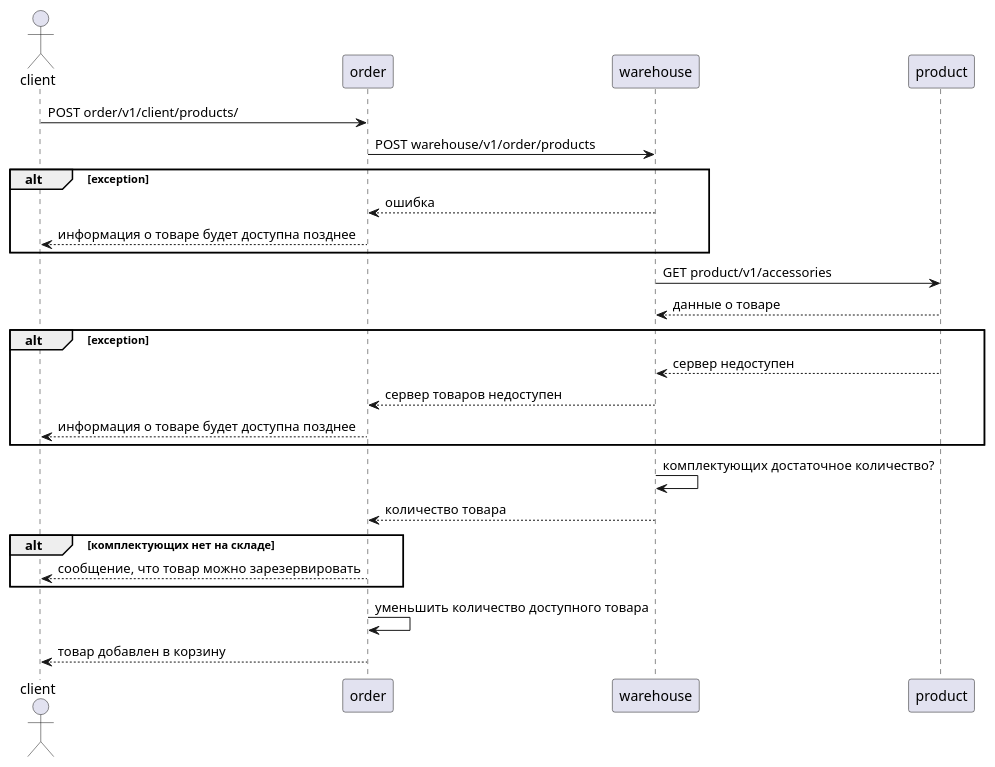
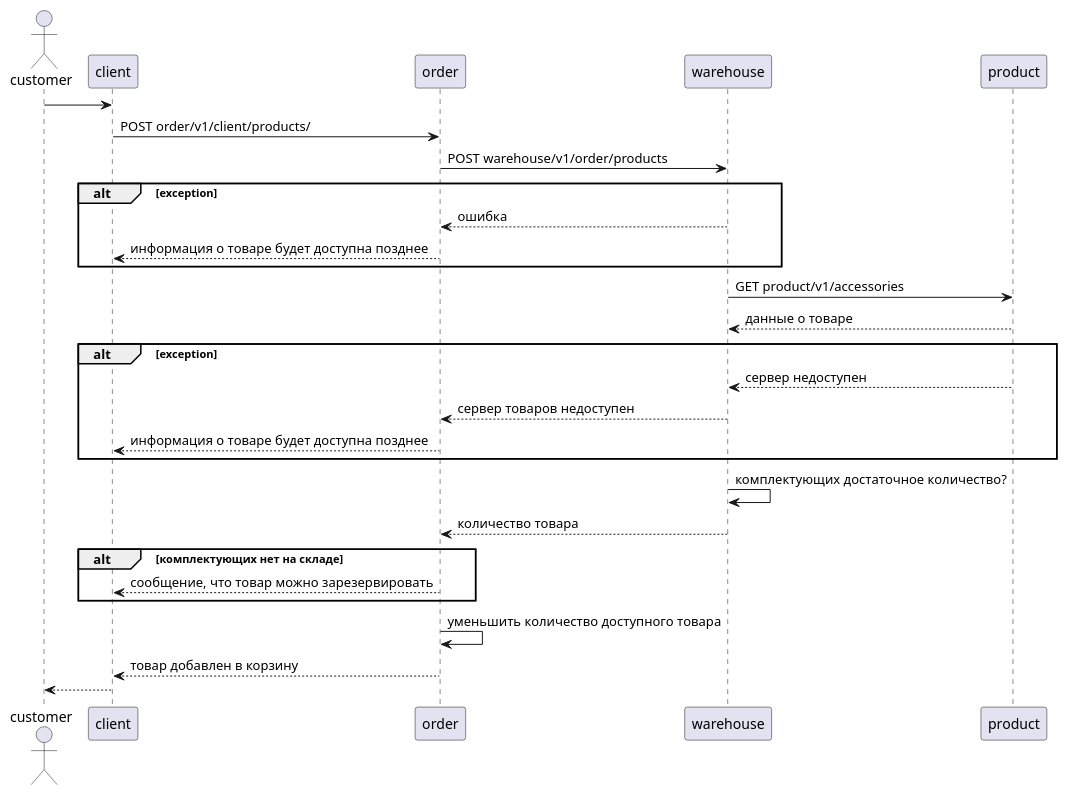
Before and after one commit to chukichaeva/1corns-homework: the diagram in Решение/Диаграмма последовательности.md, drawn with PlantUML. The commit also changed other lines of this file, not shown here.

Commit message:
Update Диаграмма последовательности.md

```diff
--- a/Решение/Диаграмма последовательности.md
+++ b/Решение/Диаграмма последовательности.md
@@ -10,23 +11,33 @@
 @startuml
-actor client
+actor customer
+
+customer -> client 
 client -> order : POST order/v1/client/products/ 
 order -> warehouse : POST warehouse/v1/order/products
+
 alt exception 
 warehouse --> order : ошибка
 order --> client : информация о товаре будет доступна позднее
 end
+
 warehouse -> product : GET product/v1/accessories
 product --> warehouse : данные о товаре
+
 alt exception 
 product --> warehouse: сервер недоступен
 warehouse --> order : сервер товаров недоступен
 order --> client : информация о товаре будет доступна позднее
 end
+
 warehouse -> warehouse : комплектующих достаточное количество? 
 warehouse --> order : количество товара
+
+
 alt комплектующих нет на складе
 order --> client : сообщение, что товар можно зарезервировать
 end
+
 order -> order: уменьшить количество доступного товара
 order --> client : товар добавлен в корзину
+client --> customer
 @enduml
```
